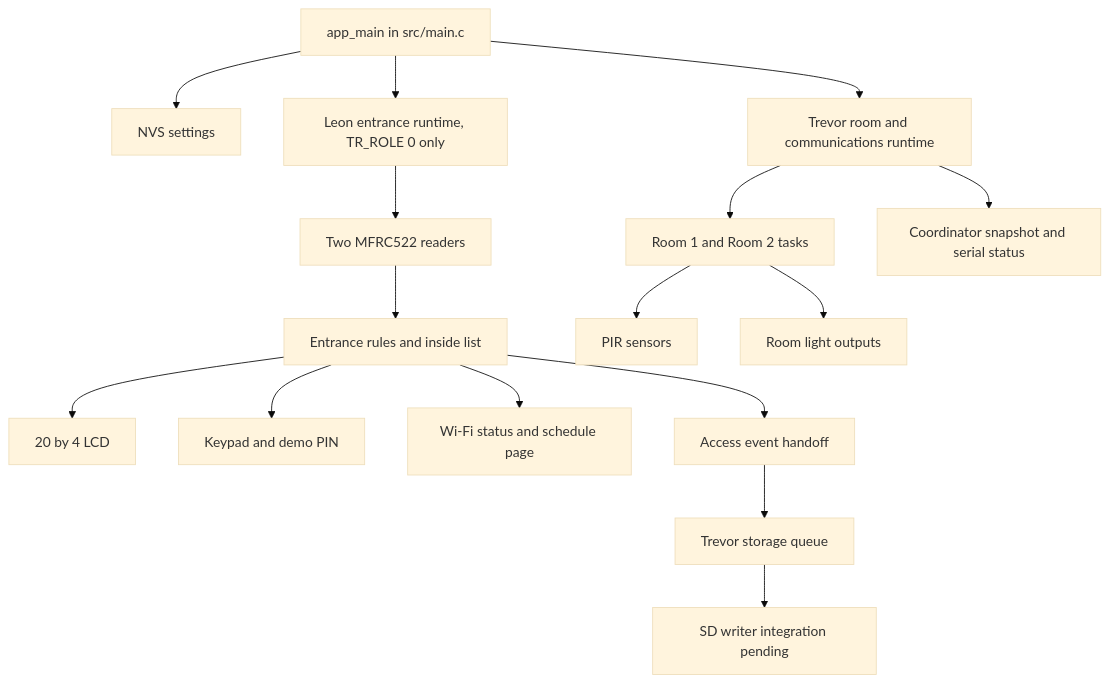
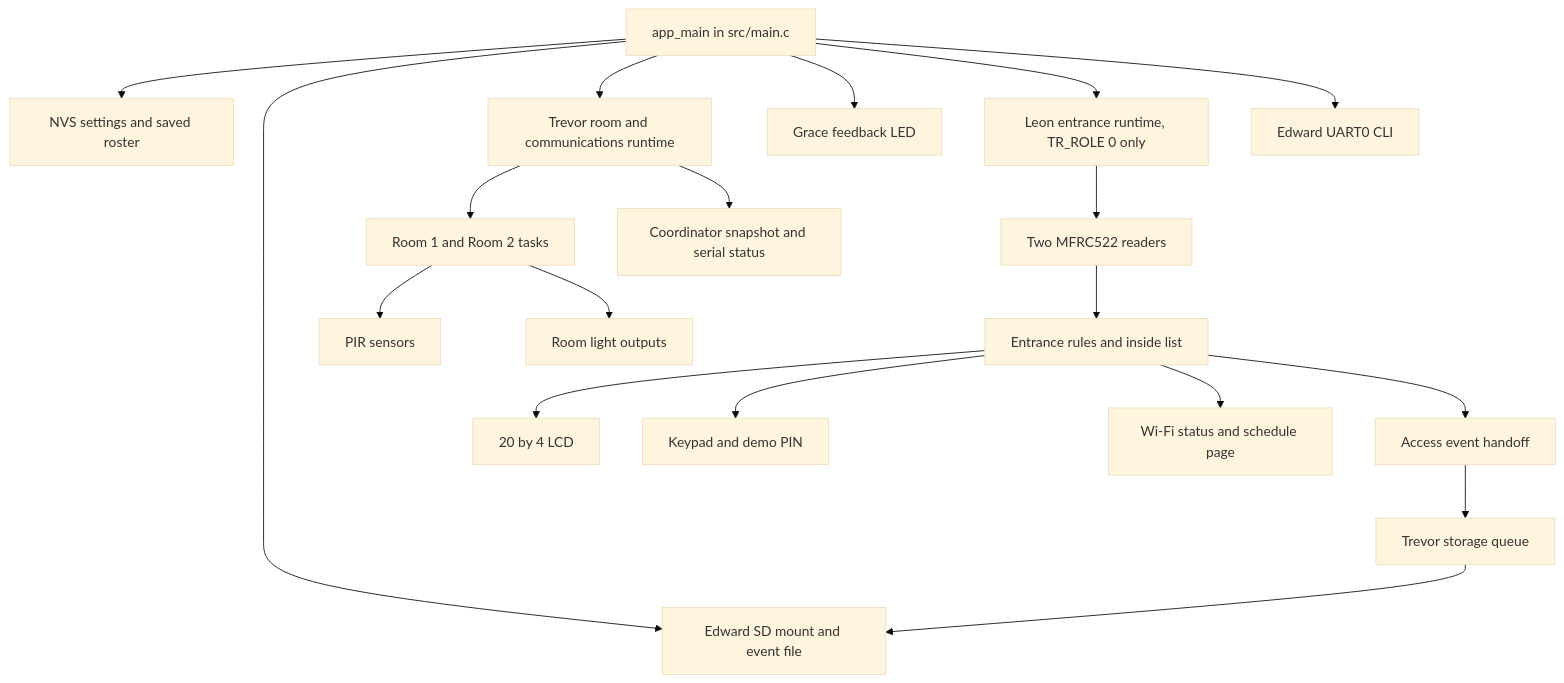
The diagram in docs/SYSTEM_PRESENTATION_GUIDE.md (ledge-stack/Embedded-Course-Work), drawn with Mermaid (base theme) before and after one commit. The commit also changed other lines of this file and 74 other files, not shown here.

````diff
--- a/docs/SYSTEM_PRESENTATION_GUIDE.md
+++ b/docs/SYSTEM_PRESENTATION_GUIDE.md
@@ -172,18 +196,21 @@
 ```mermaid
 flowchart TD
-    MAIN[app_main in src/main.c] --> NVS[NVS settings]
+    MAIN[app_main in src/main.c] --> NVS[NVS settings and saved roster]
+    MAIN --> SD[Edward SD mount and event file]
     MAIN --> TR[ Trevor room and communications runtime ]
+    MAIN --> ACT[Grace feedback LED]
     MAIN --> ENT[ Leon entrance runtime, TR_ROLE 0 only ]
+    MAIN --> CLI[Edward UART0 CLI]
     ENT --> RFID[Two MFRC522 readers]
     RFID --> CORE[Entrance rules and inside list]
     CORE --> LCD[20 by 4 LCD]
     CORE --> KEYPAD[Keypad and demo PIN]
     CORE --> WEB[Wi-Fi status and schedule page]
     CORE --> EVENTS[Access event handoff]
     EVENTS --> SQ[ Trevor storage queue ]
-    SQ --> SD[SD writer integration pending]
+    SQ --> SD
     TR --> ROOMS[Room 1 and Room 2 tasks]
     ROOMS --> PIRS[PIR sensors]
     ROOMS --> LIGHTS[Room light outputs]
     TR --> VIEW[Coordinator snapshot and serial status]
 ```
````
